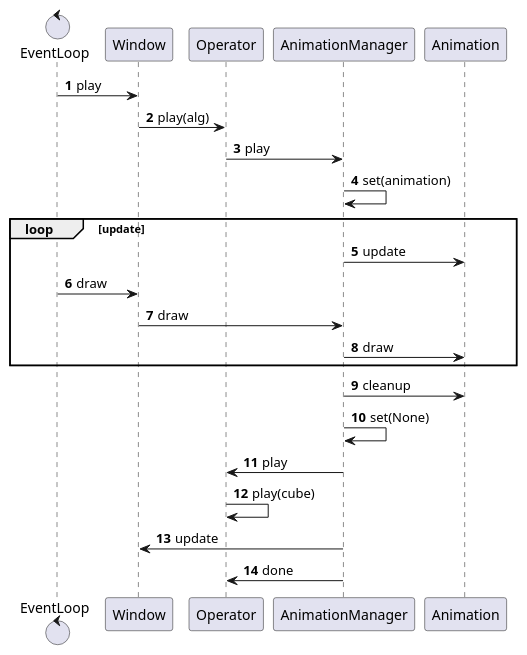
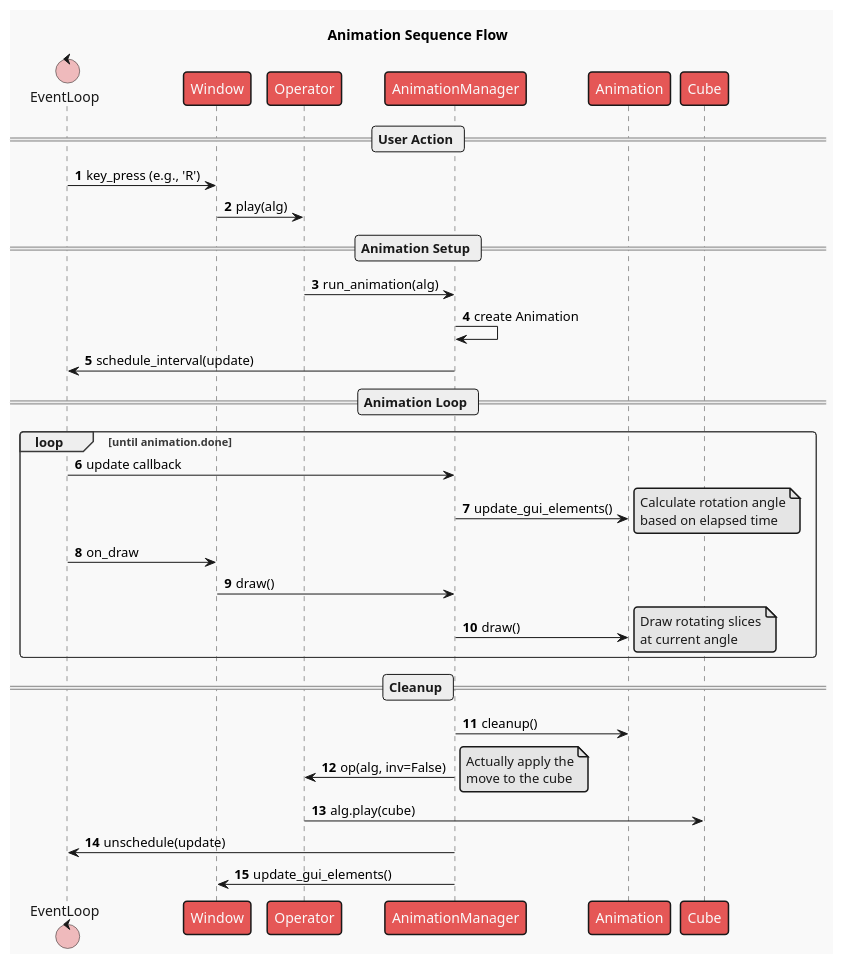
The diagram in readme_files/win-animation.puml (boaznahum/cubesolve), drawn with PlantUML before and after one commit. The commit also changed 14 other files, not shown here.

First line of the commit message:
Improve and add PlantUML diagrams for README documentation

```diff
--- a/readme_files/win-animation.puml
+++ b/readme_files/win-animation.puml
@@ -1,43 +1,52 @@
 @startuml
 'https://plantuml.com/sequence-diagram
 
+!theme mars
 autonumber
+
+title Animation Sequence Flow
 
 control EventLoop
 participant Window
+participant Operator
+participant AnimationManager as AM
+participant Animation
+participant Cube
 
+== User Action ==
 
-
-EventLoop -> Window: play
+EventLoop -> Window: key_press (e.g., 'R')
 Window -> Operator: play(alg)
 
-Operator -> AnimationManager: play
+== Animation Setup ==
 
-AnimationManager -> AnimationManager: set(animation)
+Operator -> AM: run_animation(alg)
+AM -> AM: create Animation
+AM -> EventLoop: schedule_interval(update)
 
-loop update
+== Animation Loop ==
 
-AnimationManager -> Animation: update
+loop until animation.done
 
-EventLoop -> Window: draw
-Window -> AnimationManager: draw
-AnimationManager -> Animation: draw
+    EventLoop -> AM: update callback
+    AM -> Animation: update_gui_elements()
+    note right: Calculate rotation angle\nbased on elapsed time
 
+    EventLoop -> Window: on_draw
+    Window -> AM: draw()
+    AM -> Animation: draw()
+    note right: Draw rotating slices\nat current angle
 
 end
 
-AnimationManager -> Animation: cleanup
+== Cleanup ==
 
-AnimationManager -> AnimationManager: set(None)
+AM -> Animation: cleanup()
+AM -> Operator: op(alg, inv=False)
+note right: Actually apply the\nmove to the cube
+Operator -> Cube: alg.play(cube)
 
-AnimationManager -> Operator: play
-Operator -> Operator: play(cube)
-
-AnimationManager -> Window: update
-
-AnimationManager -> Operator: done
-
-
-
+AM -> EventLoop: unschedule(update)
+AM -> Window: update_gui_elements()
 
 @enduml
```
